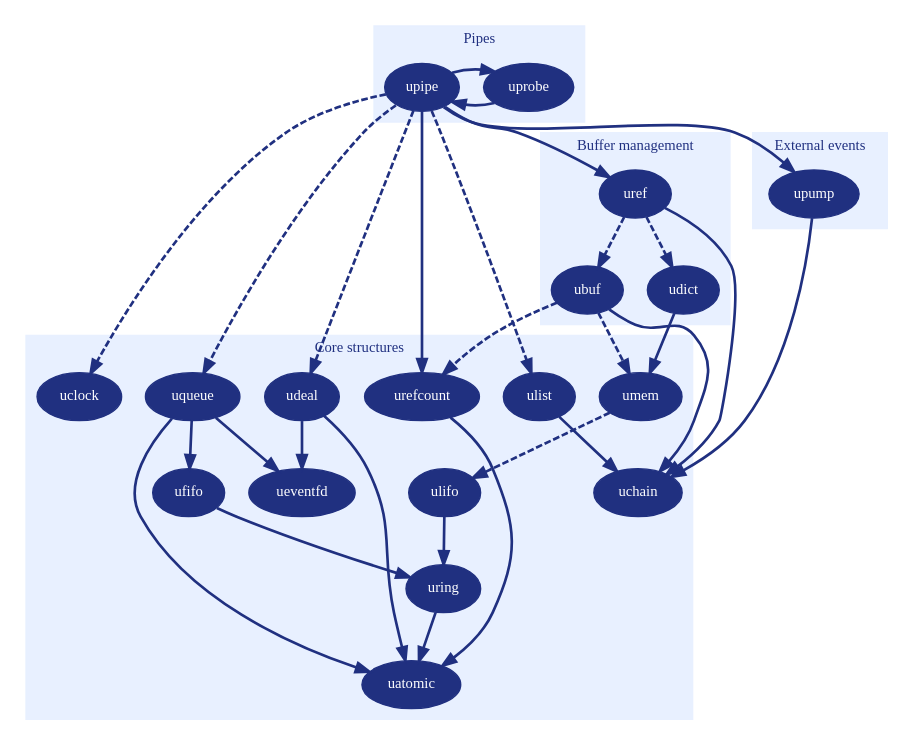
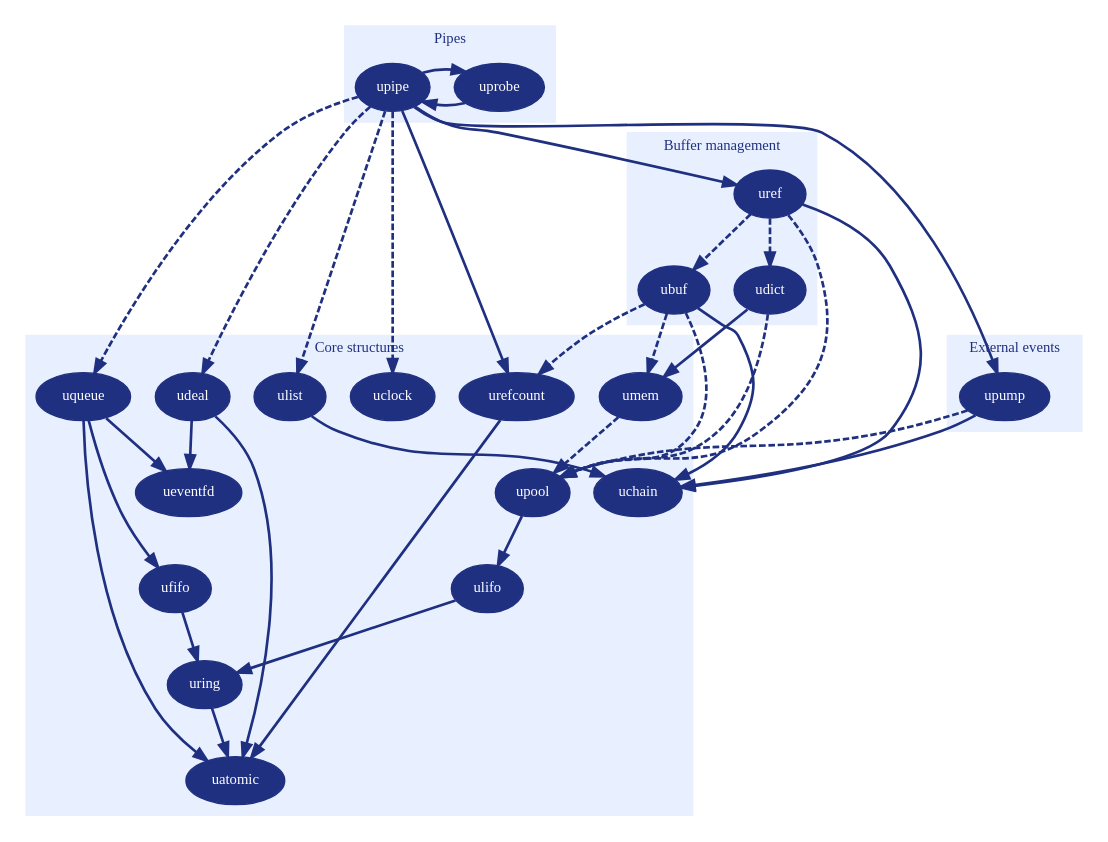
The diagram in doc/dependancies.dot (Upipe/upipe), drawn with Graphviz before and after one commit. The commit also changed 10 other files, not shown here.

```diff
--- a/doc/dependancies.dot
+++ b/doc/dependancies.dot
@@ -1,102 +1,108 @@
 digraph "Upipe objects dependancies" {
 	graph [bgcolor="#00000000"];
 	edge [penwidth=2, color="#203080"];
 	node [shape="oval", style="filled", fontname="Verdana Black", fontsize=11, fontcolor="white", color="#203080", fillcolor="#203080"];
 
 	subgraph cluster_pipes {
 		color="#E8F0FF";
 		style="filled";
 		label="Pipes";
 		fontname="Verdana Black";
 		fontsize=11;
 		fontcolor="#203080";
 		subgraph {
 			rank = source;
 			uprobe;
 			upipe;
 		}
 	}
 
 	subgraph cluster_pumps {
 		color="#E8F0FF";
 		style="filled";
 		label="External events";
 		fontname="Verdana Black";
 		fontsize=11;
 		fontcolor="#203080";
 		upump;
 	}
 
 	subgraph cluster_buffers {
 		color="#E8F0FF";
 		style="filled";
 		label="Buffer management";
 		fontname="Verdana Black";
 		fontsize=11;
 		fontcolor="#203080";
 		ubuf;
 		uref;
 		udict;
 	}
 
 	subgraph cluster_core {
 		color="#E8F0FF";
 		style="filled";
 		label="Core structures";
 		fontname="Verdana Black";
 		fontsize=11;
 		fontcolor="#203080";
 		subgraph {
 			rank = same;
 			uclock;
 			ulist;
 			uqueue;
 			urefcount;
 			umem;
 		}
 		uchain;
 		uatomic;
 		uring;
+		upool;
 		ulifo;
 		ufifo;
 		udeal;
 		ueventfd;
 	}
 
 	uref->ubuf [style="dashed"];
 	uref->udict [style="dashed"];
 	uref->uchain;
 
 	ubuf->uchain;
 	ubuf->umem [style="dashed"];
 	ubuf->urefcount [style="dashed"];
 
 	udict->umem;
 
-	umem->ulifo [style="dashed"];
+	uref->upool [style="dashed"];
+	ubuf->upool [style="dashed"];
+	udict->upool [style="dashed"];
+	upump->upool [style="dashed"];
+	umem->upool [style="dashed"];
+	upool->ulifo;
 
 	udeal->uatomic;
 	udeal->ueventfd;
 	urefcount->uatomic;
 
 	ufifo->uring;
 	ulifo->uring;
 	uring->uatomic;
 	uqueue->ufifo;
 	uqueue->uatomic;
 	uqueue->ueventfd;
 
 	ulist->uchain;
 
 	uprobe->upipe;
 	upipe->uprobe;
 	upipe->uref;
 	upipe->urefcount;
 	upipe->upump;
 	upipe->uclock [style="dashed"];
 	upipe->udeal [style="dashed"];
 	upipe->uqueue [style="dashed"];
 	upipe->ulist [style="dashed"];
 
 	upump->uchain;
 }
```
